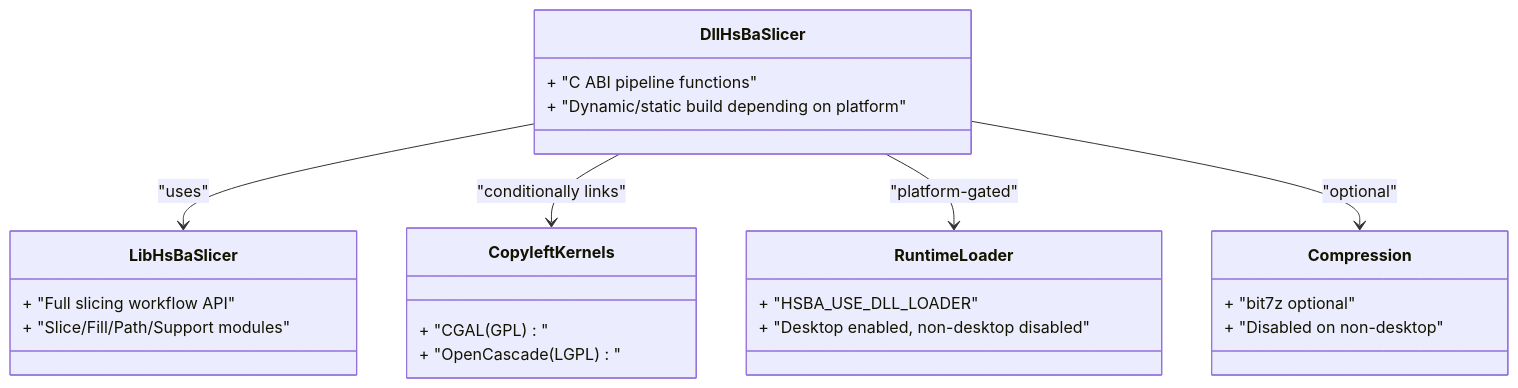
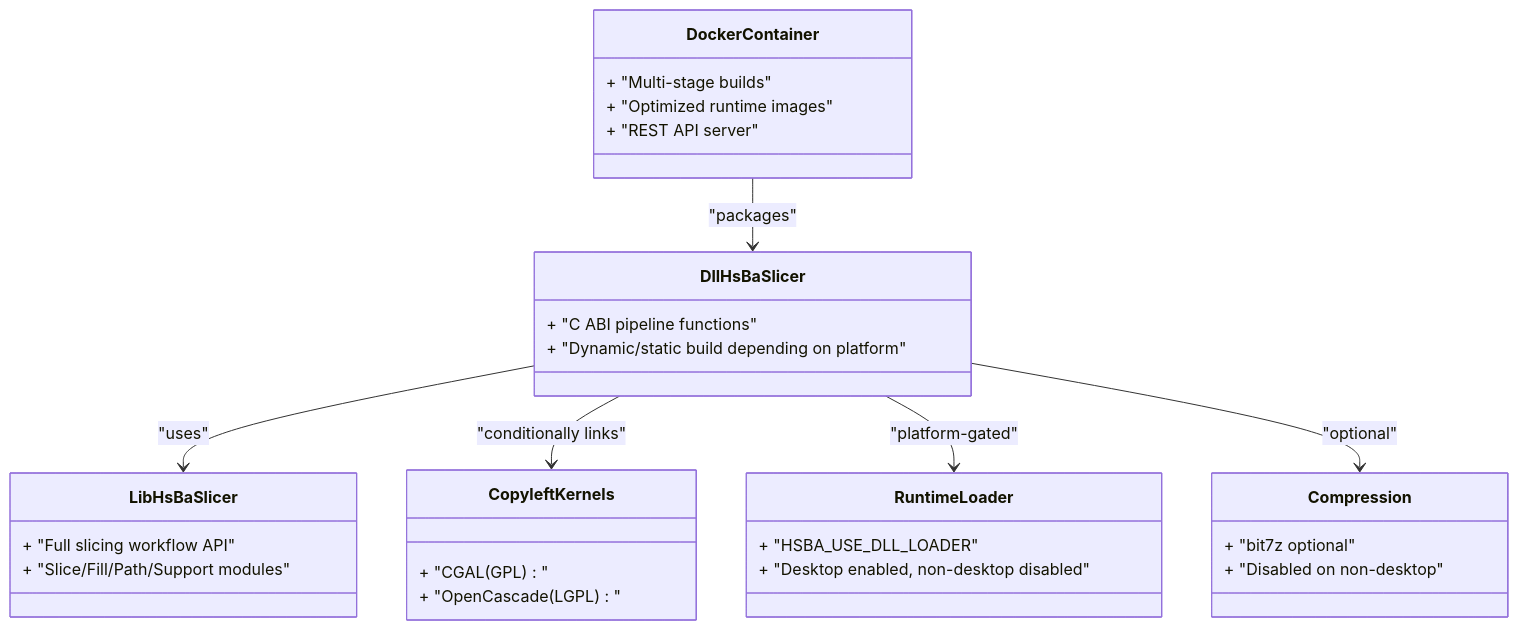
The second of 9 diagrams in .qoder/repowiki/en/content/Deployment Troubleshooting & FAQ.md (hsmbanlance/HsBaSlicer), drawn with Mermaid before and after one commit. The commit also changed other lines of this file and 101 other files, not shown here.

````diff
--- a/.qoder/repowiki/en/content/Deployment Troubleshooting & FAQ.md
+++ b/.qoder/repowiki/en/content/Deployment Troubleshooting & FAQ.md
@@ -76,27 +100,33 @@
 ```mermaid
 classDiagram
 class DllHsBaSlicer {
 + "C ABI pipeline functions"
 + "Dynamic/static build depending on platform"
 }
 class LibHsBaSlicer {
 + "Full slicing workflow API"
 + "Slice/Fill/Path/Support modules"
 }
 class CopyleftKernels {
 + "CGAL (GPL)"
 + "OpenCascade (LGPL)"
 }
 class RuntimeLoader {
 + "HSBA_USE_DLL_LOADER"
 + "Desktop enabled, non-desktop disabled"
 }
 class Compression {
 + "bit7z optional"
 + "Disabled on non-desktop"
 }
+class DockerContainer {
++ "Multi-stage builds"
++ "Optimized runtime images"
++ "REST API server"
+}
 DllHsBaSlicer --> LibHsBaSlicer : "uses"
 DllHsBaSlicer --> CopyleftKernels : "conditionally links"
 DllHsBaSlicer --> RuntimeLoader : "platform-gated"
 DllHsBaSlicer --> Compression : "optional"
+DockerContainer --> DllHsBaSlicer : "packages"
 ```
````
